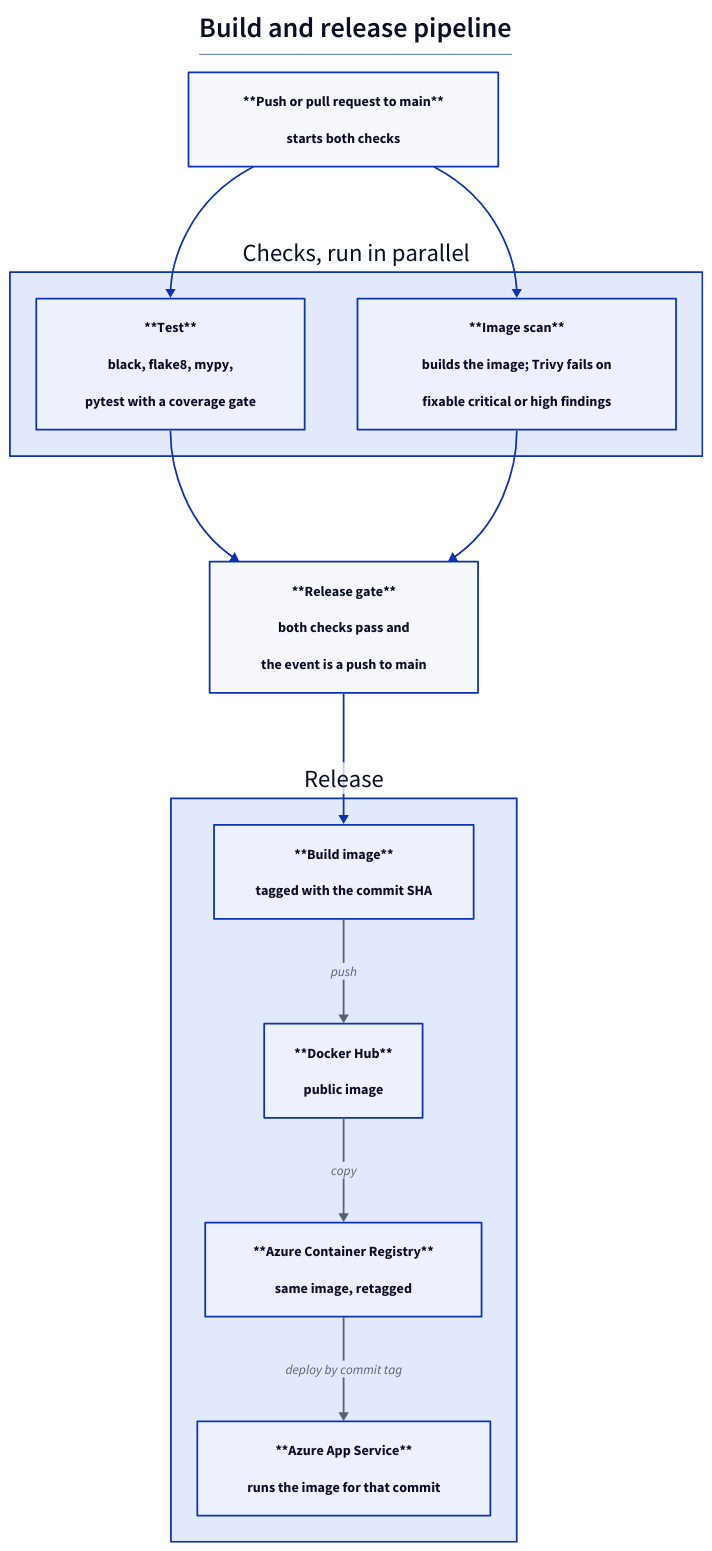
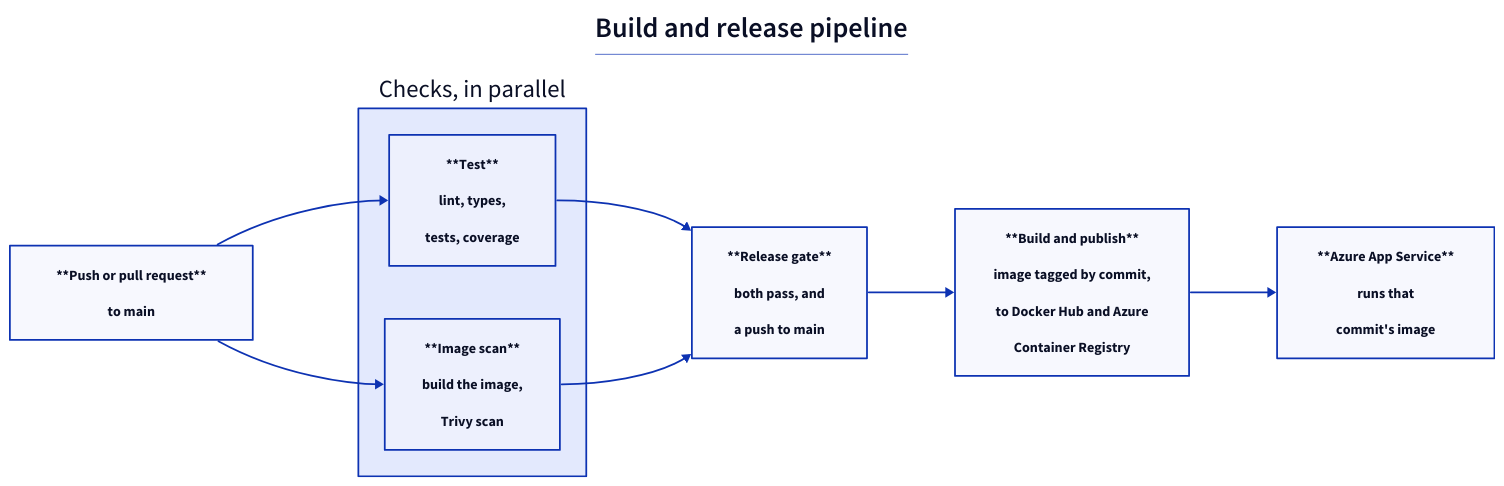
The diagram in docs/diagrams/cicd.d2 (thaitri2005/Credit-Scorecard-for-Default-Prediction), drawn with D2 before and after one commit. The commit also changed 11 other files, not shown here.

First line of the commit message:
Lay the flow diagrams out horizontally; drop the Codecov upload

```diff
--- a/docs/diagrams/cicd.d2
+++ b/docs/diagrams/cicd.d2
@@ -1,66 +1,56 @@
-direction: down
+direction: right
 title: |md
   # Build and release pipeline
 | {near: top-center}
 
 push: |md
-  **Push or pull request to main**
+  **Push or pull request**
 
-  starts both checks
+  to main
 | {shape: rectangle; class: actor}
-checks: "Checks, run in parallel" {
+checks: "Checks, in parallel" {
   class: group
   test: |md
     **Test**
 
-    black, flake8, mypy,
+    lint, types,
 
-    pytest with a coverage gate
+    tests, coverage
   | {shape: rectangle; class: box}
   scan: |md
     **Image scan**
 
-    builds the image; Trivy fails on
+    build the image,
 
-    fixable critical or high findings
+    Trivy scan
   | {shape: rectangle; class: box}
 }
 gate: |md
   **Release gate**
 
-  both checks pass and
+  both pass, and
 
-  the event is a push to main
+  a push to main
 | {shape: rectangle; class: key}
-release: "Release" {
-  class: group
-  build: |md
-    **Build image**
+publish: |md
+  **Build and publish**
 
-    tagged with the commit SHA
-  | {shape: rectangle; class: box}
-  hub: |md
-    **Docker Hub**
+  image tagged by commit,
 
-    public image
-  | {shape: rectangle; class: box}
-  acr: |md
-    **Azure Container Registry**
+  to Docker Hub and Azure
 
-    same image, retagged
-  | {shape: rectangle; class: box}
-  app: |md
-    **Azure App Service**
+  Container Registry
+| {shape: rectangle; class: box}
+app: |md
+  **Azure App Service**
 
-    runs the image for that commit
-  | {shape: rectangle; class: good}
-  build -> hub: "push" {style.stroke: "#556270"; style.font-color: "#556270"; style.font-size: 15}
-  hub -> acr: "copy" {style.stroke: "#556270"; style.font-color: "#556270"; style.font-size: 15}
-  acr -> app: "deploy by commit tag" {style.stroke: "#556270"; style.font-color: "#556270"; style.font-size: 15}
-}
+  runs that
 
+  commit's image
+| {shape: rectangle; class: good}
 push -> checks.test
 push -> checks.scan
 checks.test -> gate
 checks.scan -> gate
-gate -> release.build
+gate -> publish
+publish -> app
```
